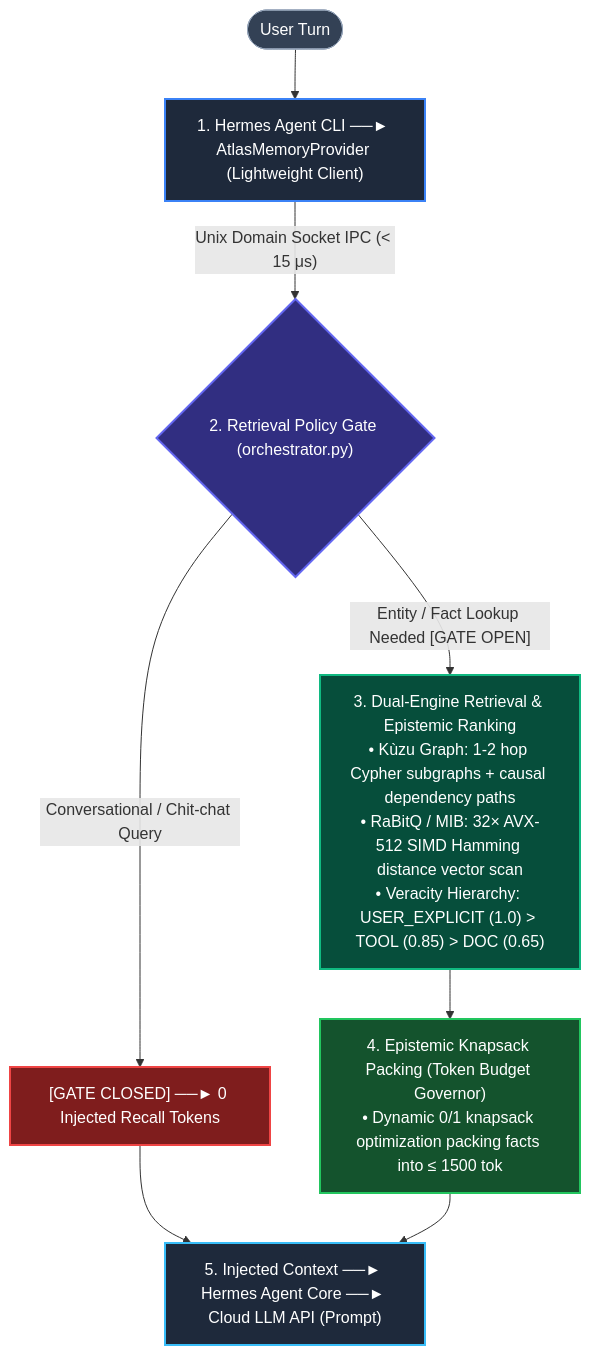
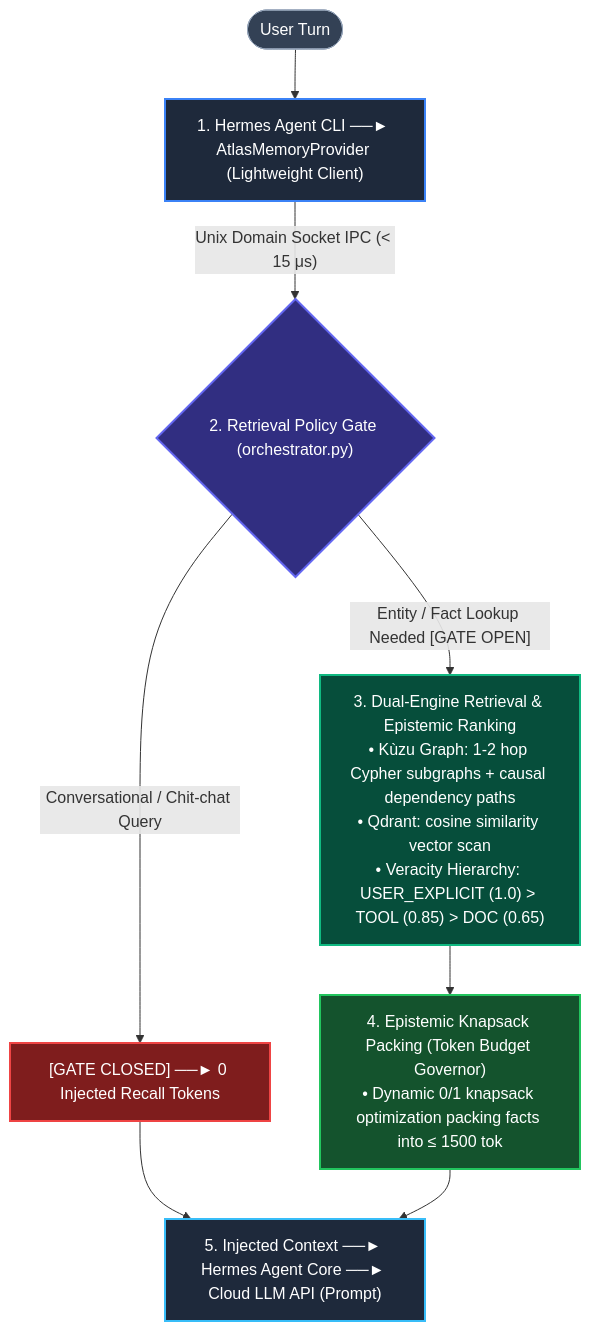
One commit to Dominik-Sidorczuk/ATLAS-Memory changed the second of 3 diagrams in README.md. Above: the diagram before and after it, drawn with Mermaid. The commit also changed other lines of this file and 325 other files, not shown here.

````diff
--- a/README.md
+++ b/README.md
@@ -130,22 +137,22 @@
 ```mermaid
 flowchart TD
     Start(["User Turn"]) --> Step1["1. Hermes Agent CLI ──► AtlasMemoryProvider (Lightweight Client)"]
     Step1 -->|"Unix Domain Socket IPC (< 15 μs)"| Step2{"2. Retrieval Policy Gate (orchestrator.py)"}
     
     Step2 -->|"Conversational / Chit-chat Query"| GateClosed["[GATE CLOSED] ──► 0 Injected Recall Tokens"]
     GateClosed --> Step5["5. Injected Context ──► Hermes Agent Core ──► Cloud LLM API (Prompt)"]
     
-    Step2 -->|"Entity / Fact Lookup Needed [GATE OPEN]"| Step3["3. Dual-Engine Retrieval & Epistemic Ranking<br>• Kùzu Graph: 1-2 hop Cypher subgraphs + causal dependency paths<br>• RaBitQ / MIB: 32× AVX-512 SIMD Hamming distance vector scan<br>• Veracity Hierarchy: USER_EXPLICIT (1.0) > TOOL (0.85) > DOC (0.65)"]
+    Step2 -->|"Entity / Fact Lookup Needed [GATE OPEN]"| Step3["3. Dual-Engine Retrieval & Epistemic Ranking<br>• Kùzu Graph: 1-2 hop Cypher subgraphs + causal dependency paths<br>• Qdrant: cosine similarity vector scan<br>• Veracity Hierarchy: USER_EXPLICIT (1.0) > TOOL (0.85) > DOC (0.65)"]
     
     Step3 --> Step4["4. Epistemic Knapsack Packing (Token Budget Governor)<br>• Dynamic 0/1 knapsack optimization packing facts into ≤ 1500 tok"]
     
     Step4 --> Step5
 
     style Start fill:#334155,stroke:#94a3b8,stroke-width:1px,color:#fff
     style Step1 fill:#1e293b,stroke:#3b82f6,stroke-width:2px,color:#fff
     style Step2 fill:#312e81,stroke:#6366f1,stroke-width:2px,color:#fff
     style GateClosed fill:#7f1d1d,stroke:#ef4444,stroke-width:2px,color:#fff
     style Step3 fill:#064e3b,stroke:#10b981,stroke-width:2px,color:#fff
     style Step4 fill:#14532d,stroke:#22c55e,stroke-width:2px,color:#fff
     style Step5 fill:#1e293b,stroke:#38bdf8,stroke-width:2px,color:#fff
 ```
````
